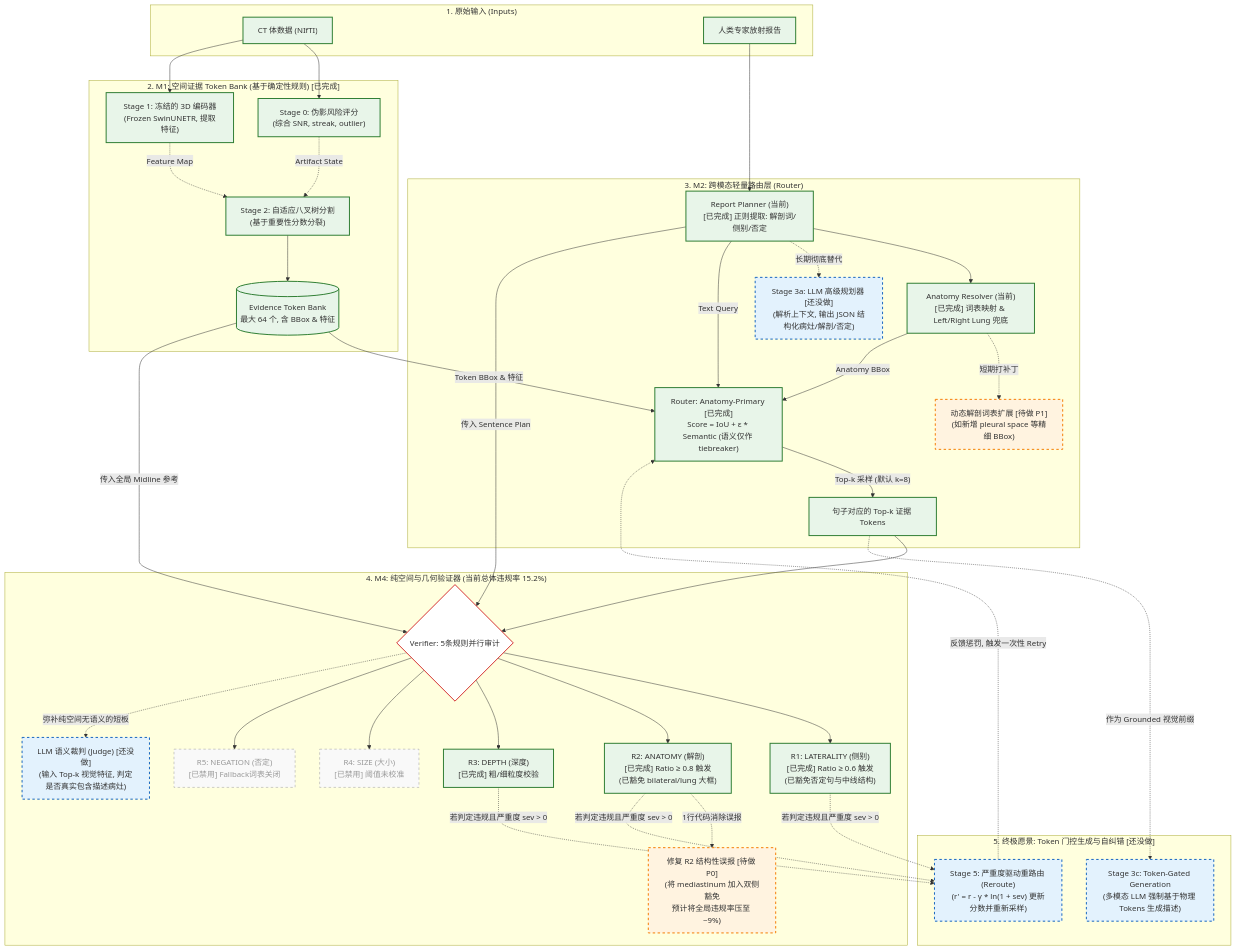
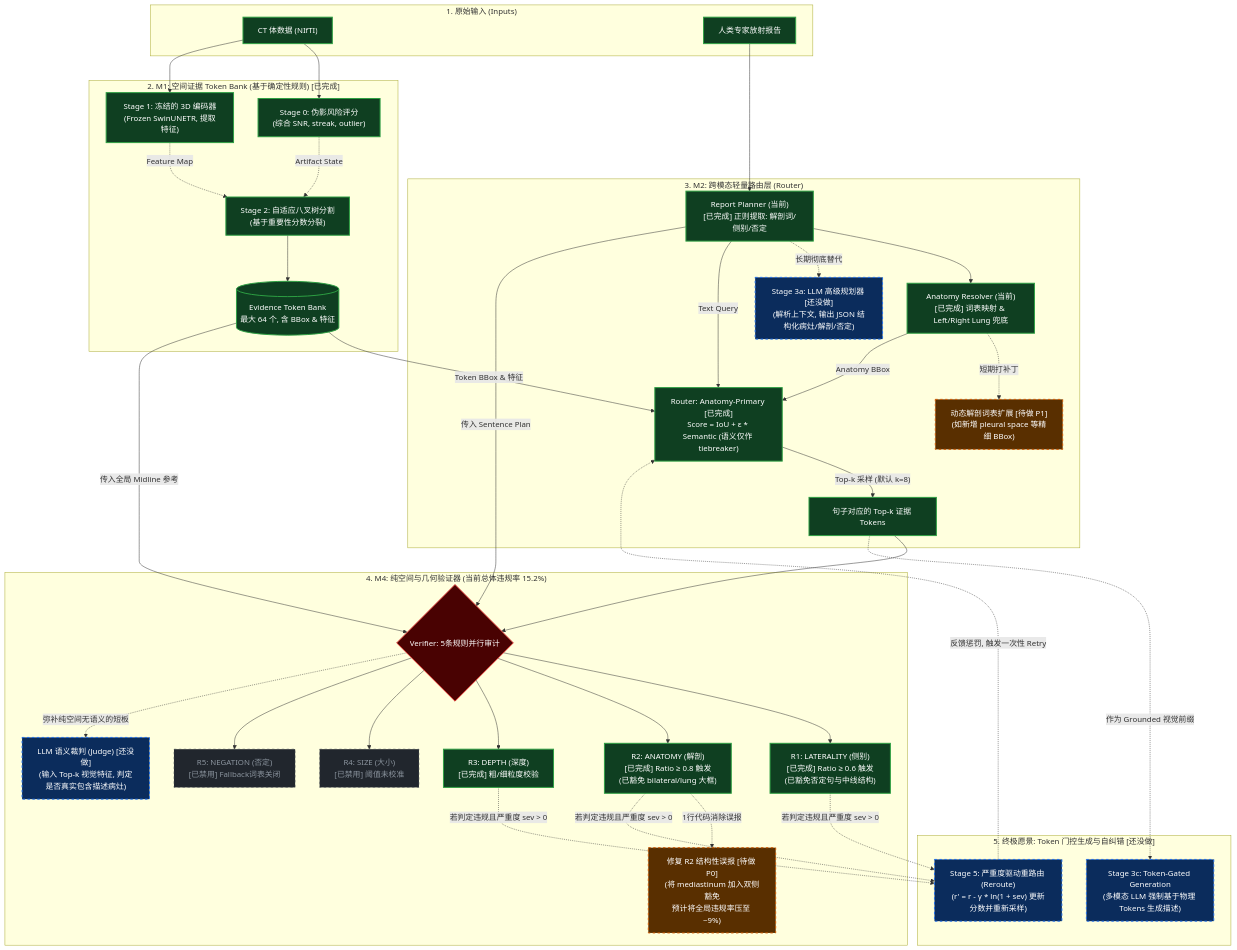
The diagram in PROJECT_REPORT_CN.md (Ricardo-ChenTY/ProveTok_ACM), drawn with Mermaid before and after one commit.

Commit message:
Optimize mermaid diagram colors for dark mode
Updated color scheme for GitHub dark mode in mermaid diagram.

````diff
--- a/PROJECT_REPORT_CN.md
+++ b/PROJECT_REPORT_CN.md
@@ -22,76 +22,77 @@
 ```mermaid
 graph TD
-    classDef done fill:#e8f5e9,stroke:#2e7d32,stroke-width:2px;
-    classDef todo fill:#fff3e0,stroke:#f57c00,stroke-width:2px,stroke-dasharray: 5 5;
-    classDef future fill:#e3f2fd,stroke:#1565c0,stroke-width:2px,stroke-dasharray: 5 5;
-    classDef disabled fill:#f9f9f9,stroke:#999,stroke-dasharray: 5 5,color:#999;
-    classDef highlight fill:#fff,stroke:#d32f2f,stroke-width:2px;
+    %% 专为 GitHub 深色模式优化的配色方案
+    classDef done fill:#0f3f21,stroke:#2ea043,stroke-width:2px,color:#ffffff;
+    classDef todo fill:#592f00,stroke:#d25c00,stroke-width:2px,stroke-dasharray: 5 5,color:#ffffff;
+    classDef future fill:#0b2c5c,stroke:#1f6feb,stroke-width:2px,stroke-dasharray: 5 5,color:#ffffff;
+    classDef disabled fill:#21262d,stroke:#484f58,stroke-width:1px,stroke-dasharray: 5 5,color:#8b949e;
+    classDef highlight fill:#490202,stroke:#da3633,stroke-width:2px,color:#ffffff;
 
     subgraph Inputs ["1. 原始输入 (Inputs)"]
         V["CT 体数据 (NIfTI)"]:::done
         R["人类专家放射报告"]:::done
     end
 
     subgraph Stage0_2 ["2. M1: 空间证据 Token Bank (基于确定性规则) [已完成]"]
         S0["Stage 0: 伪影风险评分<br/>(综合 SNR, streak, outlier)"]:::done
         S1["Stage 1: 冻结的 3D 编码器<br/>(Frozen SwinUNETR, 提取特征)"]:::done
         S2["Stage 2: 自适应八叉树分割<br/>(基于重要性分数分裂)"]:::done
         TB[("Evidence Token Bank<br/>最大 64 个, 含 BBox & 特征")]:::done
 
         V --> S0 & S1
         S0 -.->|"Artifact State"| S2
         S1 -.->|"Feature Map"| S2
         S2 --> TB
     end
 
     subgraph Stage3 ["3. M2: 跨模态轻量路由层 (Router)"]
         P["Report Planner (当前)<br/>[已完成] 正则提取: 解剖词/侧别/否定"]:::done
         AR["Anatomy Resolver (当前)<br/>[已完成] 词表映射 & Left/Right Lung 兜底"]:::done
         
         LLM_P["Stage 3a: LLM 高级规划器 [还没做]<br/>(解析上下文, 输出 JSON 结构化病灶/解剖/否定)"]:::future
         FixR1["动态解剖词表扩展 [待做 P1]<br/>(如新增 pleural space 等精细 BBox)"]:::todo
 
         RT["Router: Anatomy-Primary [已完成]<br/>Score = IoU + ε * Semantic (语义仅作 tiebreaker)"]:::done
 
         R --> P
         P --> AR
         AR -.->|"短期打补丁"| FixR1
         P -.->|"长期彻底替代"| LLM_P
 
         P -->|"Text Query"| RT
         AR -->|"Anatomy BBox"| RT
         TB -->|"Token BBox & 特征"| RT
         
         RT -->|"Top-k 采样 (默认 k=8)"| TKT["句子对应的 Top-k 证据 Tokens"]:::done
     end
 
     subgraph Stage4 ["4. M4: 纯空间与几何验证器 (当前总体违规率 15.2%)"]
         VF{"Verifier: 5条规则并行审计"}:::highlight
         
         R1["R1: LATERALITY (侧别)<br/>[已完成] Ratio ≥ 0.6 触发<br/>(已豁免否定句与中线结构)"]:::done
         R2["R2: ANATOMY (解剖)<br/>[已完成] Ratio ≥ 0.8 触发<br/>(已豁免 bilateral/lung 大框)"]:::done
         R3["R3: DEPTH (深度)<br/>[已完成] 粗/细粒度校验"]:::done
         R4["R4: SIZE (大小)<br/>[已禁用] 阈值未校准"]:::disabled
         R5["R5: NEGATION (否定)<br/>[已禁用] Fallback词表关闭"]:::disabled
 
         FixR2["修复 R2 结构性误报 [待做 P0]<br/>(将 mediastinum 加入双侧豁免<br/>预计将全局违规率压至 ~9%)"]:::todo
         LLM_J["LLM 语义裁判 (Judge) [还没做]<br/>(输入 Top-k 视觉特征, 判定是否真实包含描述病灶)"]:::future
 
         TKT --> VF
         P -->|"传入 Sentence Plan"| VF
         TB -->|"传入全局 Midline 参考"| VF
 
         VF --> R1 & R2 & R3 & R4 & R5
         R2 -.->|"1行代码消除误报"| FixR2
         VF -.->|"弥补纯空间无语义的短板"| LLM_J
     end
 
     subgraph Stage5 ["5. 终极愿景: Token 门控生成与自纠错 [还没做]"]
         TG["Stage 3c: Token-Gated Generation<br/>(多模态 LLM 强制基于物理 Tokens 生成描述)"]:::future
         SR["Stage 5: 严重度驱动重路由 (Reroute)<br/>(r' = r - γ * ln(1 + sev) 更新分数并重新采样)"]:::future
     end
 
     R1 & R2 & R3 -.->|"若判定违规且严重度 sev > 0"| SR
     SR -.->|"反馈惩罚, 触发一次性 Retry"| RT
     TKT -.->|"作为 Grounded 视觉前缀"| TG
 ```
````
